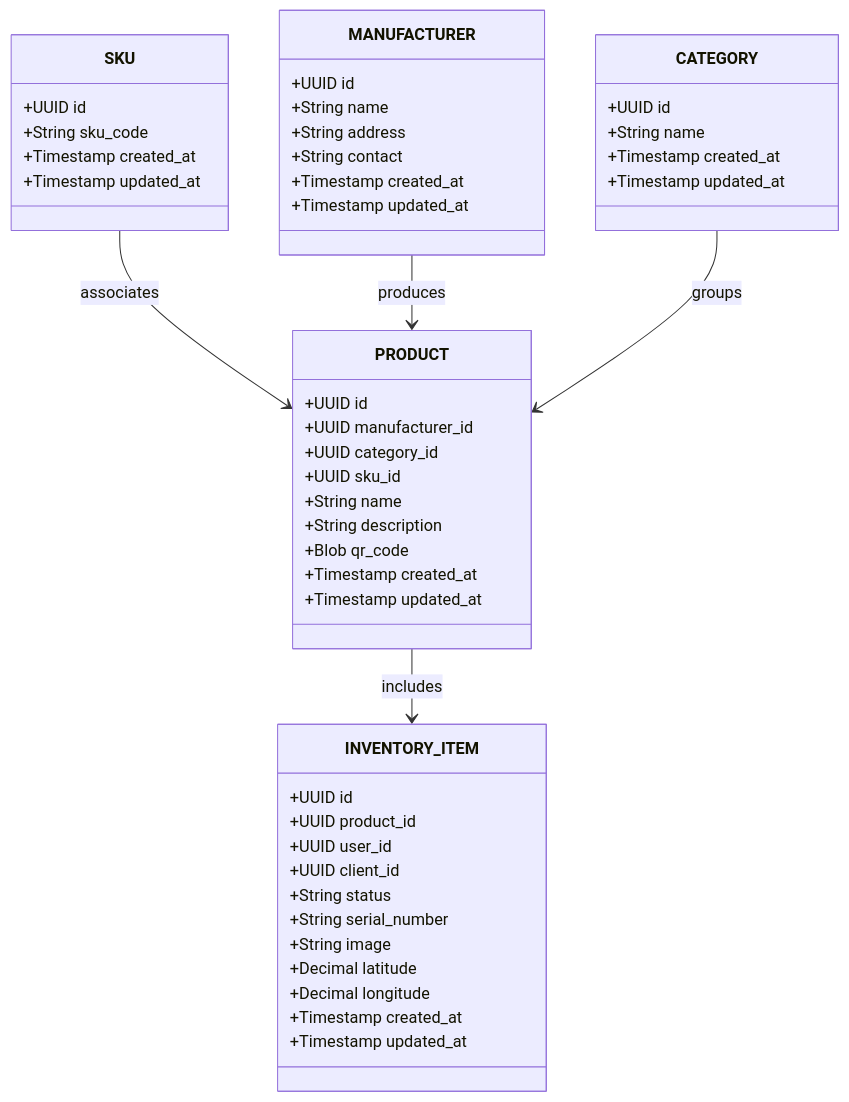
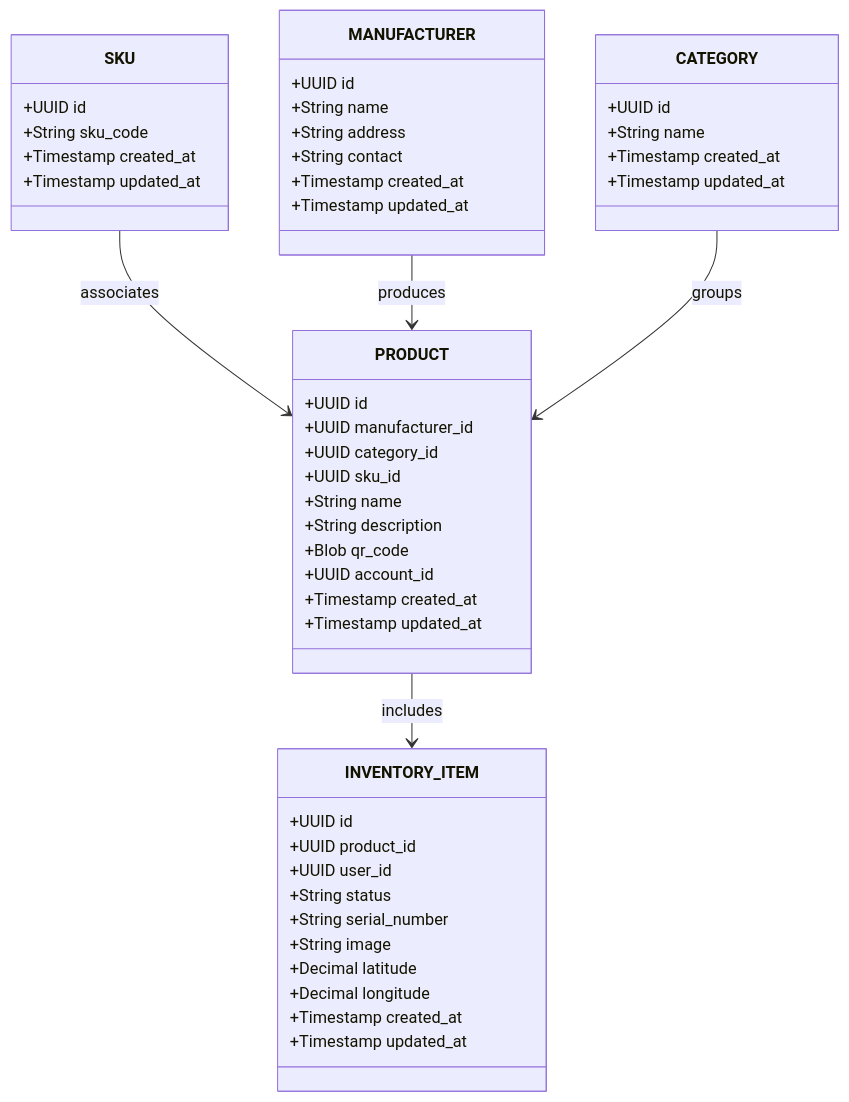
Before and after one commit to cincinnatiai/products_service: the diagram in README.md, drawn with Mermaid. The commit also changed other lines of this file, not shown here.

````diff
--- a/README.md
+++ b/README.md
@@ -98,51 +98,51 @@
  ```mermaid
  classDiagram
     class MANUFACTURER {
         +UUID id
         +String name
         +String address
         +String contact
         +Timestamp created_at
         +Timestamp updated_at
     }
     class CATEGORY {
         +UUID id
         +String name
         +Timestamp created_at
         +Timestamp updated_at
     }
     class SKU {
         +UUID id
         +String sku_code
         +Timestamp created_at
         +Timestamp updated_at
     }
     class PRODUCT {
         +UUID id
         +UUID manufacturer_id
         +UUID category_id
         +UUID sku_id
         +String name
         +String description
         +Blob qr_code
+        +UUID account_id
         +Timestamp created_at
         +Timestamp updated_at
     }
     class INVENTORY_ITEM {
         +UUID id
         +UUID product_id
         +UUID user_id
-        +UUID client_id
         +String status
         +String serial_number
         +String image
         +Decimal latitude
         +Decimal longitude
         +Timestamp created_at
         +Timestamp updated_at
     }
     SKU --> PRODUCT : associates
     MANUFACTURER --> PRODUCT : produces
     CATEGORY --> PRODUCT : groups
     PRODUCT --> INVENTORY_ITEM : includes
  ```
````
